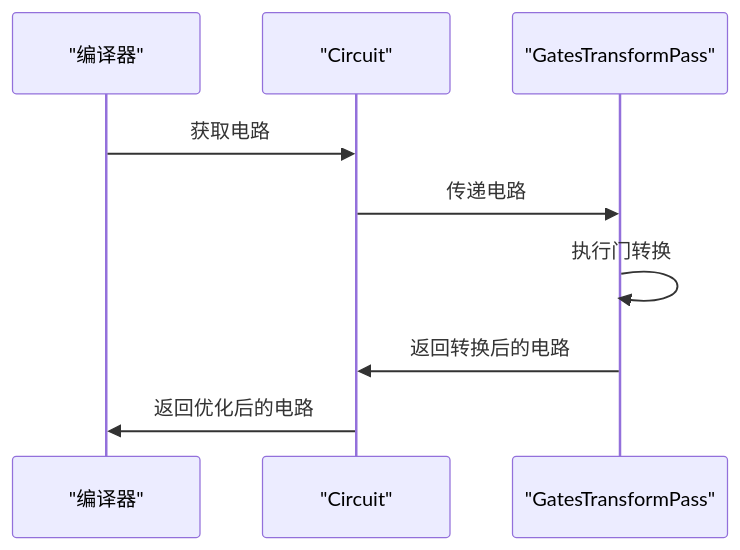
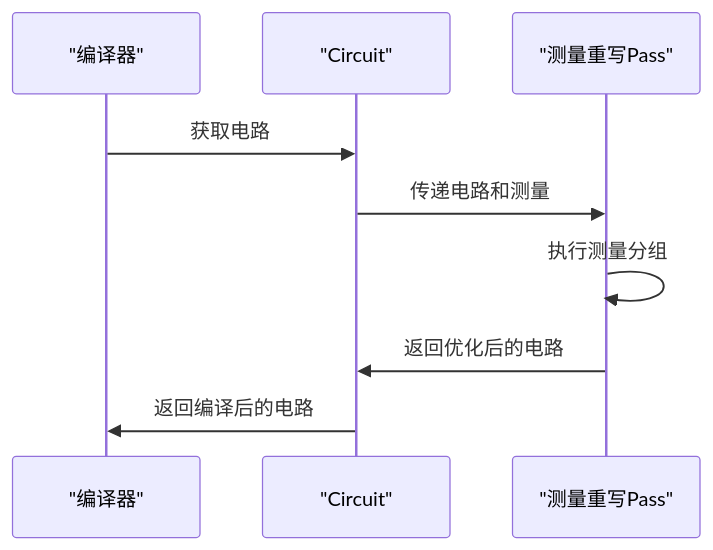
One commit to QureGenAI-Biotech/TyxonQ changed the fourth of 4 diagrams in .qoder/repowiki/zh/content/核心概念/核心数据类型.md. Above: the diagram before and after it, drawn with Mermaid. The commit also changed other lines of this file and 9 other files, not shown here.

````diff
--- a/.qoder/repowiki/zh/content/核心概念/核心数据类型.md
+++ b/.qoder/repowiki/zh/content/核心概念/核心数据类型.md
@@ -66,11 +152,11 @@
 ```mermaid
 sequenceDiagram
 participant Compiler as "编译器"
 participant Circuit as "Circuit"
-participant Pass as "GatesTransformPass"
+participant MeasurementPass as "测量重写Pass"
 Compiler->>Circuit : 获取电路
-Circuit->>Pass : 传递电路
-Pass->>Pass : 执行门转换
-Pass->>Circuit : 返回转换后的电路
-Circuit->>Compiler : 返回优化后的电路
+Circuit->>MeasurementPass : 传递电路和测量
+MeasurementPass->>MeasurementPass : 执行测量分组
+MeasurementPass->>Circuit : 返回优化后的电路
+Circuit->>Compiler : 返回编译后的电路
 ```
````
